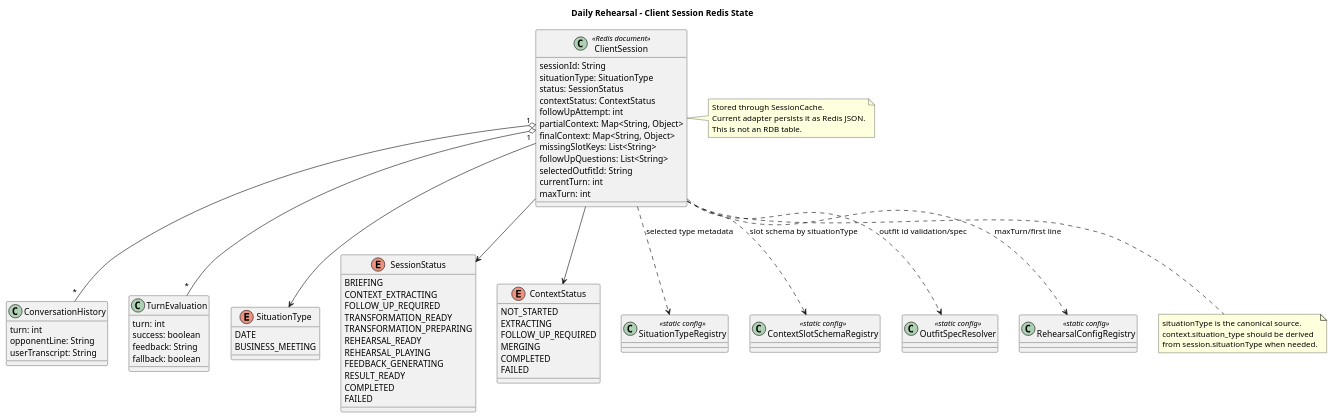
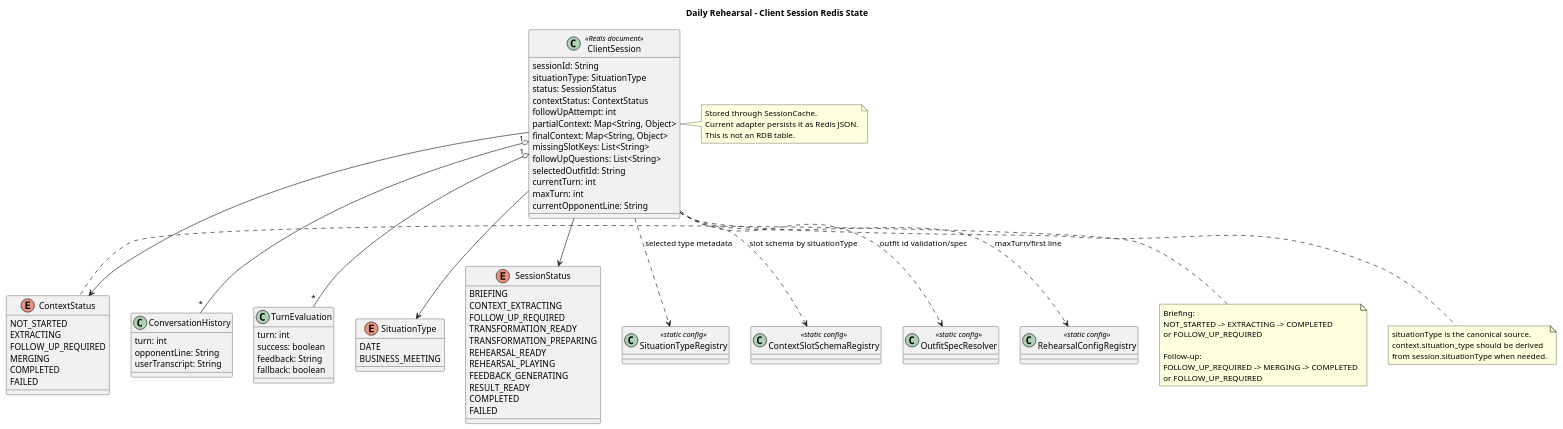
Before and after one commit to fhdnwlqkd/daily-rehearsal: the diagram in backend/rehearsal-modules/docs/erd/session.puml, drawn with PlantUML. The commit also changed 3 other files, not shown here.

Commit message:
[#81] refactor: support follow-up context merge transitions

```diff
--- a/backend/rehearsal-modules/docs/erd/session.puml
+++ b/backend/rehearsal-modules/docs/erd/session.puml
@@ -1,88 +1,99 @@
 @startuml
 title Daily Rehearsal - Client Session Redis State
 
 class ClientSession <<Redis document>> {
   sessionId: String
   situationType: SituationType
   status: SessionStatus
   contextStatus: ContextStatus
   followUpAttempt: int
   partialContext: Map<String, Object>
   finalContext: Map<String, Object>
   missingSlotKeys: List<String>
   followUpQuestions: List<String>
   selectedOutfitId: String
   currentTurn: int
   maxTurn: int
+  currentOpponentLine: String
 }
 
 class ConversationHistory {
   turn: int
   opponentLine: String
   userTranscript: String
 }
 
 class TurnEvaluation {
   turn: int
   success: boolean
   feedback: String
   fallback: boolean
 }
 
 enum SituationType {
   DATE
   BUSINESS_MEETING
 }
 
 enum SessionStatus {
   BRIEFING
   CONTEXT_EXTRACTING
   FOLLOW_UP_REQUIRED
   TRANSFORMATION_READY
   TRANSFORMATION_PREPARING
   REHEARSAL_READY
   REHEARSAL_PLAYING
   FEEDBACK_GENERATING
   RESULT_READY
   COMPLETED
   FAILED
 }
 
 enum ContextStatus {
   NOT_STARTED
   EXTRACTING
   FOLLOW_UP_REQUIRED
   MERGING
   COMPLETED
   FAILED
 }
 
 class SituationTypeRegistry <<static config>>
 class ContextSlotSchemaRegistry <<static config>>
 class OutfitSpecResolver <<static config>>
 class RehearsalConfigRegistry <<static config>>
 
 ClientSession "1" o-- "*" ConversationHistory
 ClientSession "1" o-- "*" TurnEvaluation
 ClientSession --> SituationType
 ClientSession --> SessionStatus
 ClientSession --> ContextStatus
 
 ClientSession ..> SituationTypeRegistry : selected type metadata
 ClientSession ..> ContextSlotSchemaRegistry : slot schema by situationType
 ClientSession ..> OutfitSpecResolver : outfit id validation/spec
 ClientSession ..> RehearsalConfigRegistry : maxTurn/first line
 
 note right of ClientSession
 Stored through SessionCache.
 Current adapter persists it as Redis JSON.
 This is not an RDB table.
 end note
 
 note bottom of ClientSession
 situationType is the canonical source.
 context.situation_type should be derived
 from session.situationType when needed.
 end note
 
+note left of ContextStatus
+Briefing:
+NOT_STARTED -> EXTRACTING -> COMPLETED
+or FOLLOW_UP_REQUIRED
+
+Follow-up:
+FOLLOW_UP_REQUIRED -> MERGING -> COMPLETED
+or FOLLOW_UP_REQUIRED
+end note
+
 @enduml
```
